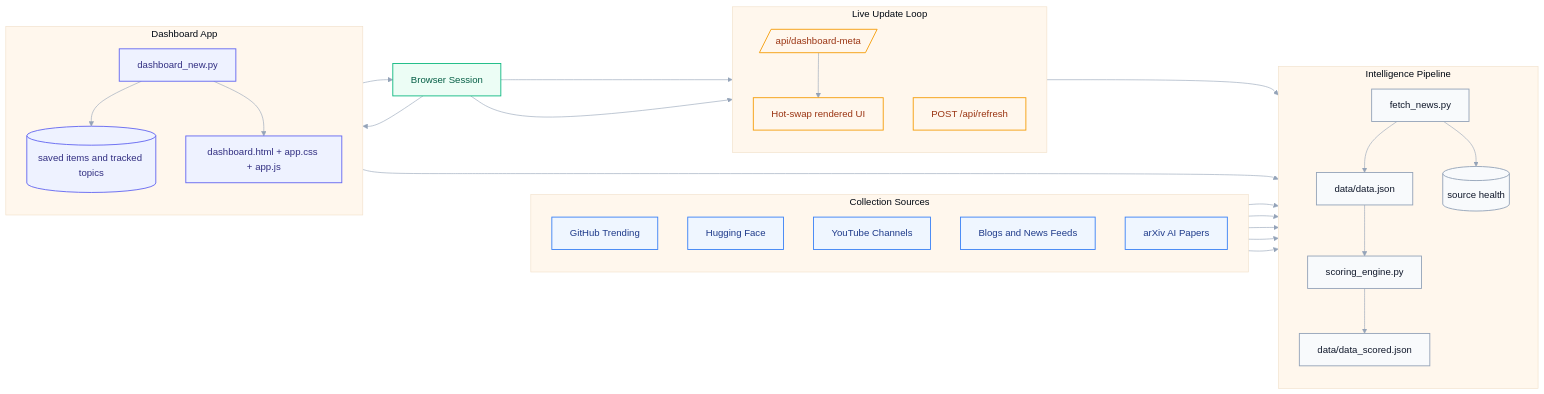
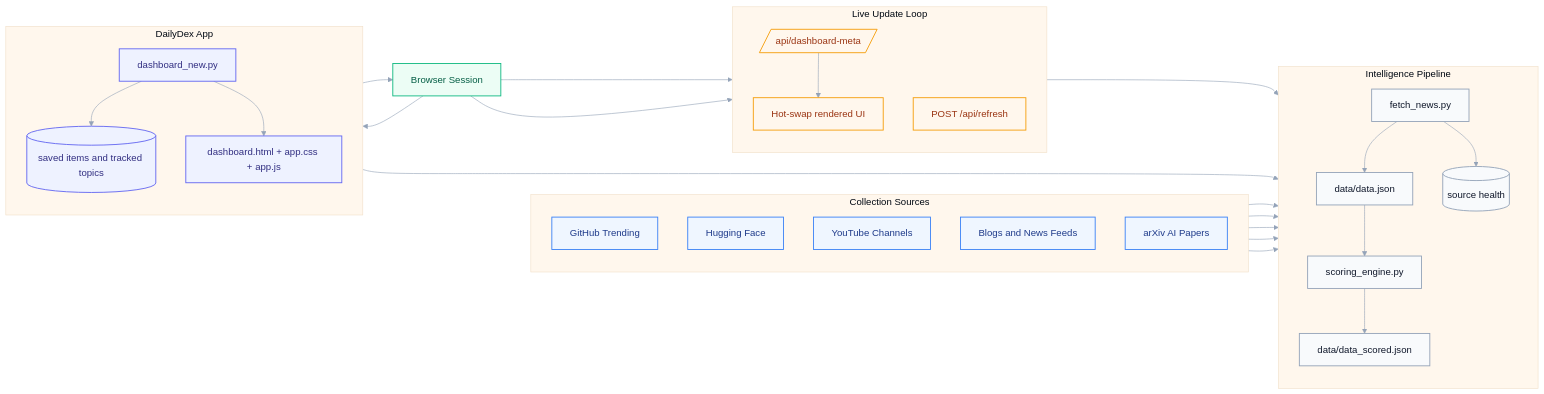
Before and after one commit to amonkarsidhant/AI-Intelligence-Hub: the diagram in README.md, drawn with Mermaid. The commit also changed other lines of this file and 9 other files, not shown here.

Commit message:
v0.7.0-rc1: DailyDex Product Experience Release Candidate

````diff
--- a/README.md
+++ b/README.md
@@ -184,69 +138,69 @@
 ```mermaid
 %%{init: {'theme':'base','themeVariables':{'background':'#ffffff','primaryColor':'#dbeafe','primaryTextColor':'#0f172a','primaryBorderColor':'#3b82f6','lineColor':'#94a3b8','secondaryColor':'#eff6ff','tertiaryColor':'#fff7ed','fontFamily':'Inter, Arial, sans-serif'}}}%%
 flowchart LR
     subgraph SRC[Collection Sources]
         direction TB
         GH[GitHub Trending]
         HF[Hugging Face]
         YT[YouTube Channels]
         BL[Blogs and News Feeds]
         AX[arXiv AI Papers]
     end
 
     subgraph PIPE[Intelligence Pipeline]
         direction TB
         FETCH[fetch_news.py]
         RAW[data/data.json]
         SCORE[scoring_engine.py]
         SCORED[data/data_scored.json]
         HEALTH[(source health)]
     end
 
-    subgraph APP[Dashboard App]
+    subgraph APP[DailyDex App]
         direction TB
         FLASK[dashboard_new.py]
         STATE[(saved items and tracked topics)]
         UI[dashboard.html + app.css + app.js]
     end
 
     subgraph LOOP[Live Update Loop]
         direction TB
         META[/api/dashboard-meta/]
         REFRESH[POST /api/refresh]
         LIVE[Hot-swap rendered UI]
     end
 
     GH --> FETCH
     HF --> FETCH
     YT --> FETCH
     BL --> FETCH
     AX --> FETCH
 
     FETCH --> RAW
     FETCH --> HEALTH
     RAW --> SCORE
     SCORE --> SCORED
 
     BROWSER[Browser Session] --> FLASK
     FLASK --> SCORED
     FLASK --> STATE
     FLASK --> UI
     UI --> BROWSER
 
     BROWSER --> META
     META --> LIVE
     BROWSER --> REFRESH
     REFRESH --> FETCH
 
     classDef source fill:#eff6ff,stroke:#3b82f6,color:#1e3a8a,stroke-width:1.5px;
     classDef pipeline fill:#f8fafc,stroke:#94a3b8,color:#0f172a,stroke-width:1.5px;
     classDef app fill:#eef2ff,stroke:#6366f1,color:#312e81,stroke-width:1.5px;
     classDef loop fill:#fff7ed,stroke:#f59e0b,color:#9a3412,stroke-width:1.5px;
     classDef user fill:#ecfdf5,stroke:#10b981,color:#065f46,stroke-width:1.5px;
 
     class GH,HF,YT,BL,AX source;
     class FETCH,RAW,SCORE,SCORED,HEALTH pipeline;
     class FLASK,STATE,UI app;
     class META,REFRESH,LIVE loop;
     class BROWSER user;
 ```
````
